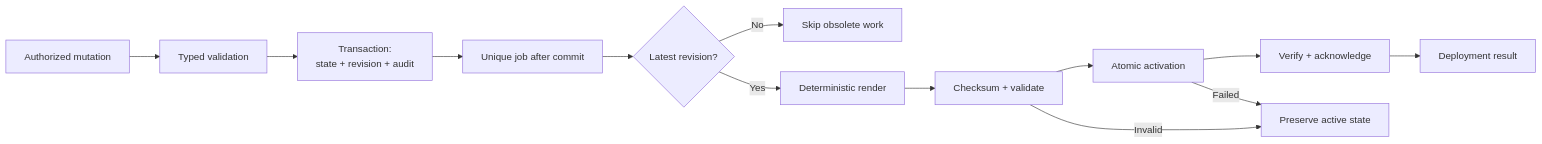
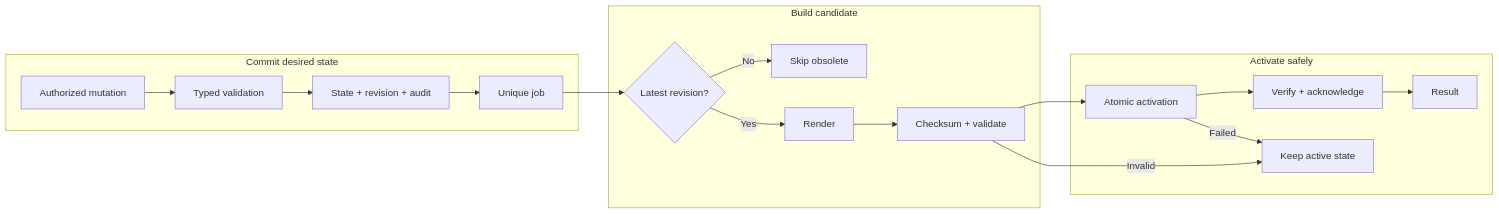
One commit to vaheed/CDNFoundry changed the third of 5 diagrams in docs/architecture/data-flows.md. Above: the diagram before and after it, drawn with Mermaid. The commit also changed other lines of this file and 24 other files, not shown here.

````diff
--- a/docs/architecture/data-flows.md
+++ b/docs/architecture/data-flows.md
@@ -70,15 +78,17 @@
 ```mermaid
 flowchart LR
-    Request["Authorized mutation"] --> Validate["Typed validation"]
-    Validate --> Tx["Transaction:<br/>state + revision + audit"]
-    Tx --> Job["Unique job after commit"]
-    Job --> Fresh{"Latest revision?"}
-    Fresh -- No --> Skip["Skip obsolete work"]
-    Fresh -- Yes --> Render["Deterministic render"]
-    Render --> Check["Checksum + validate"]
-    Check --> Activate["Atomic activation"]
-    Activate --> Verify["Verify + acknowledge"]
-    Verify --> Receipt["Deployment result"]
-    Check -- Invalid --> Preserve["Preserve active state"]
-    Activate -- Failed --> Preserve
+    subgraph Commit["Commit desired state"]
+      Request["Authorized mutation"] --> Validate["Typed validation"] --> Tx["State + revision + audit"]
+      Tx --> Job["Unique job"]
+    end
+    subgraph Candidate["Build candidate"]
+      Job --> Fresh{"Latest revision?"}
+      Fresh -- No --> Skip["Skip obsolete"]
+      Fresh -- Yes --> Render["Render"] --> Check["Checksum + validate"]
+    end
+    subgraph Activation["Activate safely"]
+      Check --> Activate["Atomic activation"] --> Verify["Verify + acknowledge"] --> Receipt["Result"]
+      Check -- Invalid --> Preserve["Keep active state"]
+      Activate -- Failed --> Preserve
+    end
 ```
````
